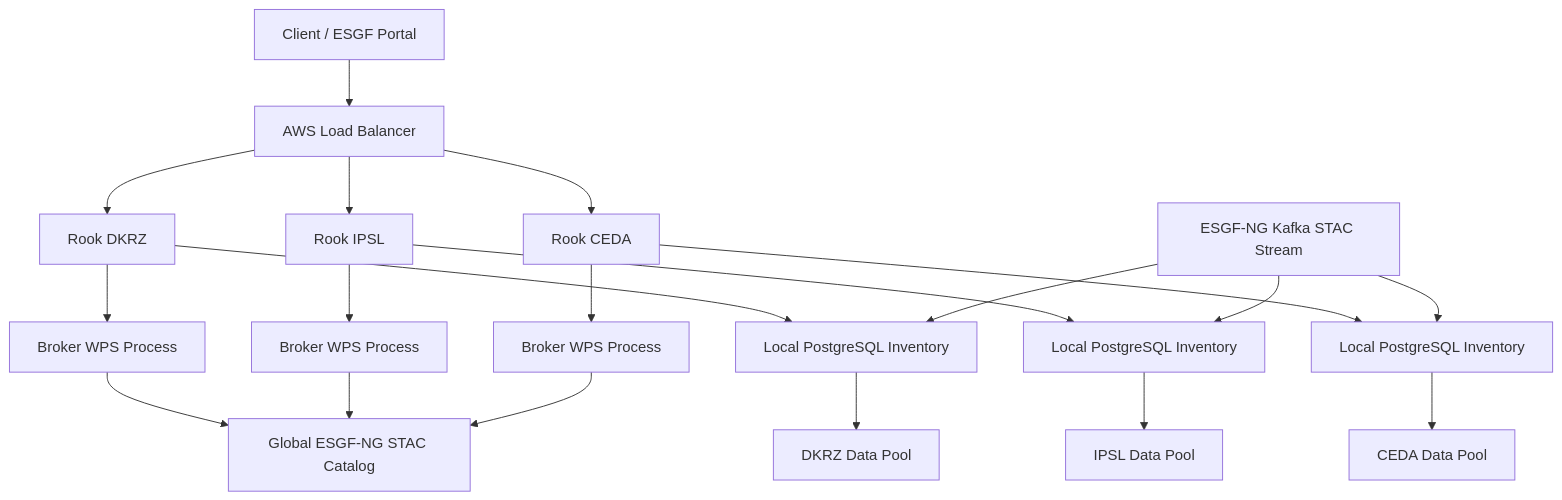
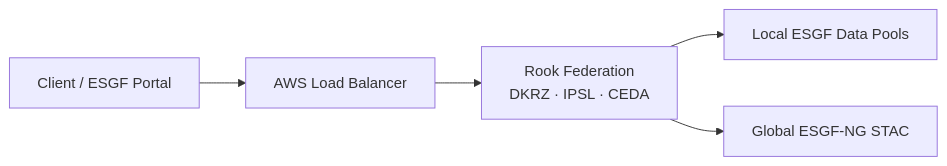
Before and after one commit to roocs/rook: the first of 5 diagrams in ARCH_ESGF2.md, drawn with Mermaid. The commit also changed other lines of this file, not shown here.

Commit message:
update esgf2 desgin

````diff
--- a/ARCH_ESGF2.md
+++ b/ARCH_ESGF2.md
@@ -23,35 +23,13 @@
 ```mermaid
-flowchart TD
+flowchart LR
     Client[Client / ESGF Portal]
     LB[AWS Load Balancer]
+    Rooks[Rook Federation<br/>DKRZ · IPSL · CEDA]
+    Data[Local ESGF Data Pools]
+    STAC[Global ESGF-NG STAC]
 
     Client --> LB
-
-    LB --> DE[Rook DKRZ]
-    LB --> FR[Rook IPSL]
-    LB --> UK[Rook CEDA]
-
-    STAC[Global ESGF-NG STAC Catalog]
-
-    DE --> DEB[Broker WPS Process]
-    FR --> FRB[Broker WPS Process]
-    UK --> UKB[Broker WPS Process]
-
-    DEB --> STAC
-    FRB --> STAC
-    UKB --> STAC
-
-    DE --> DEDB[Local PostgreSQL Inventory]
-    FR --> FRDB[Local PostgreSQL Inventory]
-    UK --> UKDB[Local PostgreSQL Inventory]
-
-    DEDB --> DEPOOL[DKRZ Data Pool]
-    FRDB --> FRPOOL[IPSL Data Pool]
-    UKDB --> UKPOOL[CEDA Data Pool]
-
-    KAFKA[ESGF-NG Kafka STAC Stream]
-
-    KAFKA --> DEDB
-    KAFKA --> FRDB
-    KAFKA --> UKDB
+    LB --> Rooks
+    Rooks --> Data
+    Rooks --> STAC
 ```
````
